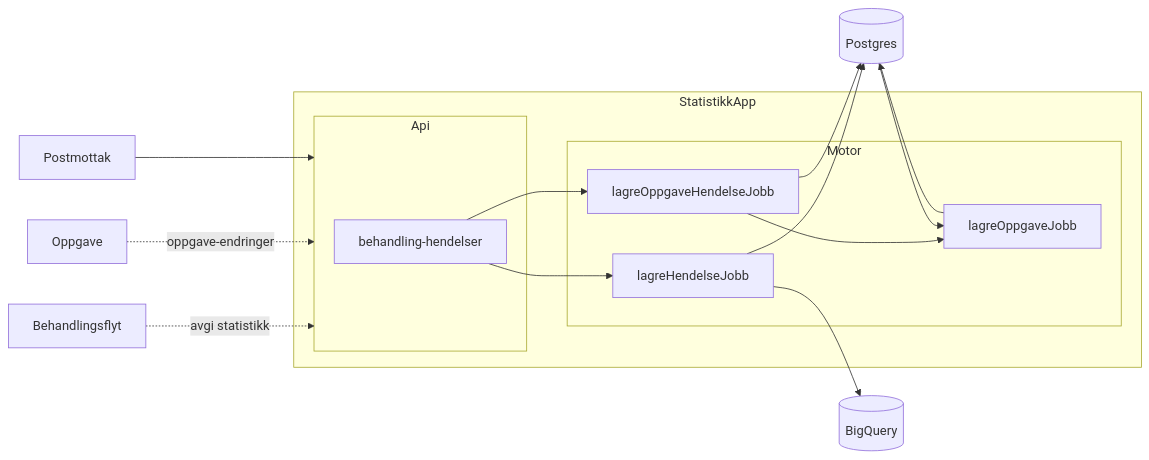
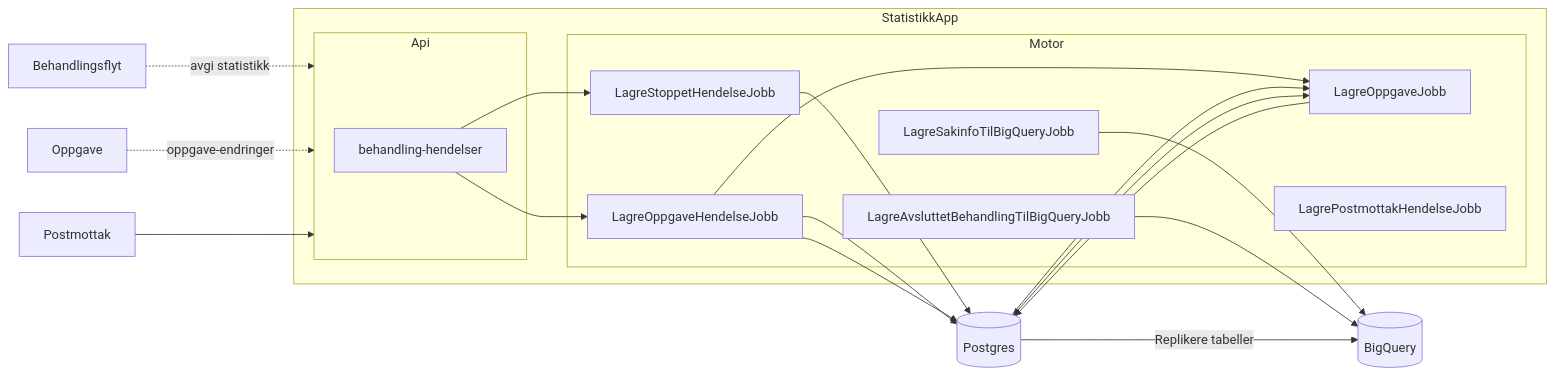
One commit to navikt/aap-intern-sysdok changed the first of 2 diagrams in docs/funksjonalitet/09_Statistikk/teknisk.md. Above: the diagram before and after it, drawn with Mermaid. The commit also changed other lines of this file and 5 other files, not shown here.

````diff
--- a/docs/funksjonalitet/09_Statistikk/teknisk.md
+++ b/docs/funksjonalitet/09_Statistikk/teknisk.md
@@ -109,34 +114,45 @@
 ```mermaid
 graph LR
 BB[Behandlingsflyt]
 OPPG[Oppgave]
 POST[Postmottak]
 B[(Postgres)]
 C[(BigQuery)]
 
 subgraph StatistikkApp
 
 subgraph Api
   hendelse[behandling-hendelser]
 end
 
 subgraph Motor
 
-lagreHendelseJobb
-lagreOppgaveHendelseJobb --> lagreOppgaveJobb
+LagreAvsluttetBehandlingTilBigQueryJobb
+LagreOppgaveHendelseJobb
+LagreOppgaveJobb
+LagrePostmottakHendelseJobb
+LagreSakinfoTilBigQueryJobb
+LagreStoppetHendelseJobb
+
+LagreOppgaveHendelseJobb --> LagreOppgaveJobb
 
 end
-hendelse --> lagreHendelseJobb
+hendelse --> LagreStoppetHendelseJobb
 end
 
-lagreHendelseJobb --> B
-lagreHendelseJobb --> C
-hendelse --> lagreOppgaveHendelseJobb
-lagreOppgaveJobb --> B
-lagreOppgaveHendelseJobb --> B
-B --> lagreOppgaveJobb
+LagreStoppetHendelseJobb --> B
+LagreOppgaveHendelseJobb --> B
+LagreOppgaveJobb <--> B
+LagreSakinfoTilBigQueryJobb --> C
+LagreAvsluttetBehandlingTilBigQueryJobb --> C
+hendelse --> LagreOppgaveHendelseJobb
+LagreOppgaveJobb --> B
+LagreOppgaveHendelseJobb --> B
+B --> LagreOppgaveJobb
 
 BB -. avgi statistikk .-> Api
 OPPG -. oppgave-endringer .-> Api
 POST --> Api
+
+B -- Replikere tabeller --> C
 ```
````
